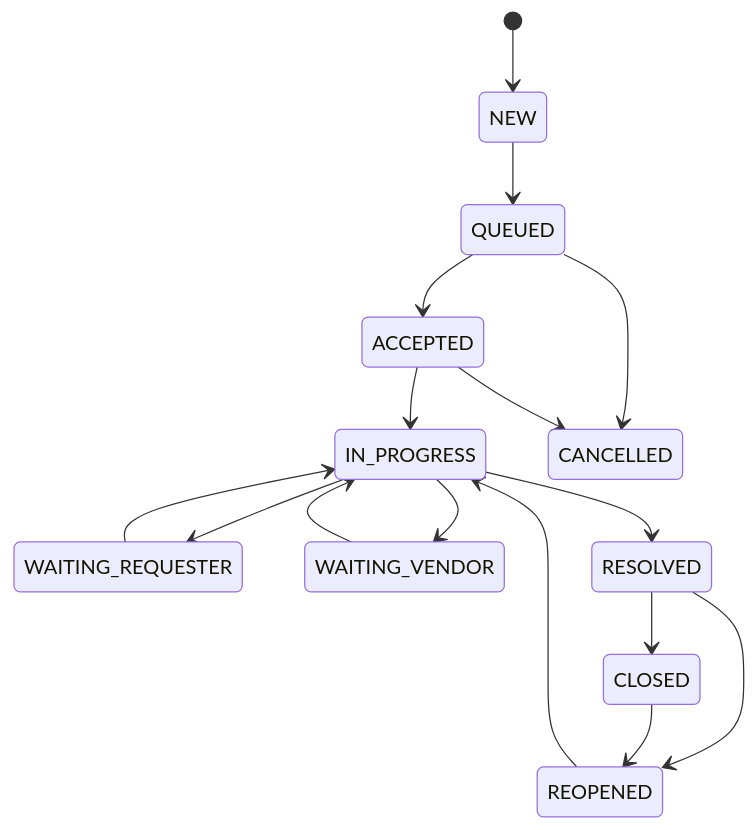
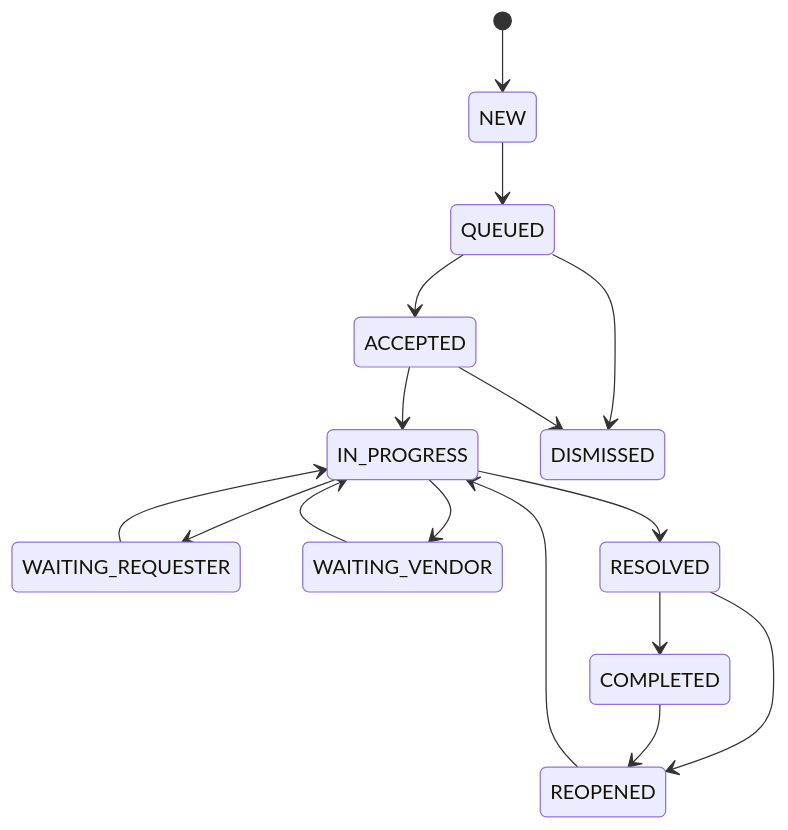
One commit to peterkis/Fault-Reporting-WeCom-Assistant changed the diagram in docs/06_ticket_state_and_notification.md. Above: the diagram before and after it, drawn with Mermaid. The commit also changed other lines of this file and 287 other files, not shown here.

First line of the commit message:
feat(32C-D): 拆分「完成」与「关闭」：COMPLETED / DISMISSED、migration 072

````diff
--- a/docs/06_ticket_state_and_notification.md
+++ b/docs/06_ticket_state_and_notification.md
@@ -70,18 +67,18 @@
 ```mermaid
 stateDiagram-v2
     [*] --> NEW
     NEW --> QUEUED
     QUEUED --> ACCEPTED
     ACCEPTED --> IN_PROGRESS
     IN_PROGRESS --> WAITING_REQUESTER
     WAITING_REQUESTER --> IN_PROGRESS
     IN_PROGRESS --> WAITING_VENDOR
     WAITING_VENDOR --> IN_PROGRESS
     IN_PROGRESS --> RESOLVED
-    RESOLVED --> CLOSED
+    RESOLVED --> COMPLETED
     RESOLVED --> REOPENED
-    CLOSED --> REOPENED
+    COMPLETED --> REOPENED
     REOPENED --> IN_PROGRESS
-    QUEUED --> CANCELLED
-    ACCEPTED --> CANCELLED
+    QUEUED --> DISMISSED
+    ACCEPTED --> DISMISSED
 ```
````
